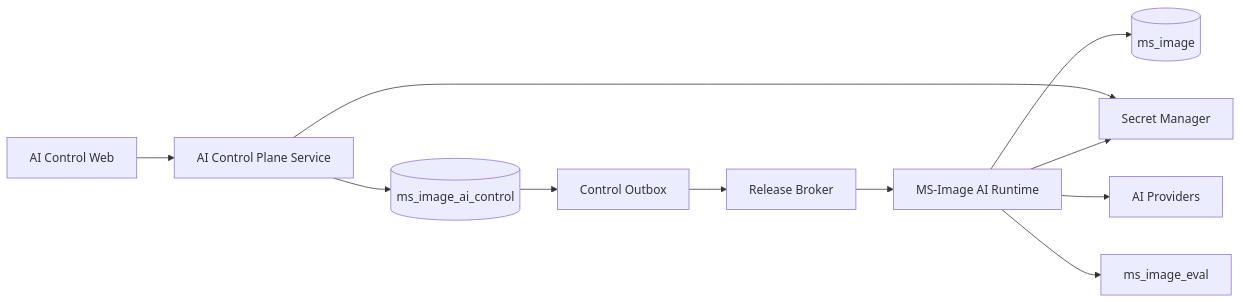
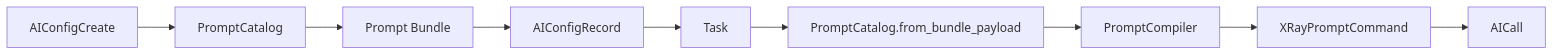
One commit to zhichengmo/ms-image changed the first of 2 diagrams in docs/refactor/19-ai-prompt-control-plane-web-and-runtime-architecture.md. Above: the diagram before and after it, drawn with Mermaid. The commit also changed other lines of this file and 205 other files, not shown here.

Commit message:
feat(xray): add prompt runtime gateway foundation

````diff
--- a/docs/refactor/19-ai-prompt-control-plane-web-and-runtime-architecture.md
+++ b/docs/refactor/19-ai-prompt-control-plane-web-and-runtime-architecture.md
@@ -116,24 +231,11 @@
 ```mermaid
 flowchart LR
-    Web[AI Control Web]
-    Control[AI Control Plane Service]
-    ControlDB[(ms_image_ai_control)]
-    Secret[Secret Manager]
-    Outbox[Control Outbox]
-    Broker[Release Broker]
-    Runtime[MS-Image AI Runtime]
-    OnlineDB[(ms_image)]
-    Provider[AI Providers]
-    Eval[ms_image_eval]
-
-    Web --> Control
-    Control --> ControlDB
-    Control --> Secret
-    ControlDB --> Outbox
-    Outbox --> Broker
-    Broker --> Runtime
-    Runtime --> OnlineDB
-    Runtime --> Secret
-    Runtime --> Provider
-    Runtime --> Eval
+    A[AIConfigCreate] --> B[PromptCatalog]
+    B --> C[Prompt Bundle]
+    C --> D[AIConfigRecord]
+    D --> E[Task]
+    E --> F[PromptCatalog.from_bundle_payload]
+    F --> G[PromptCompiler]
+    G --> H[XRayPromptCommand]
+    H --> I[AICall]
 ```
````
